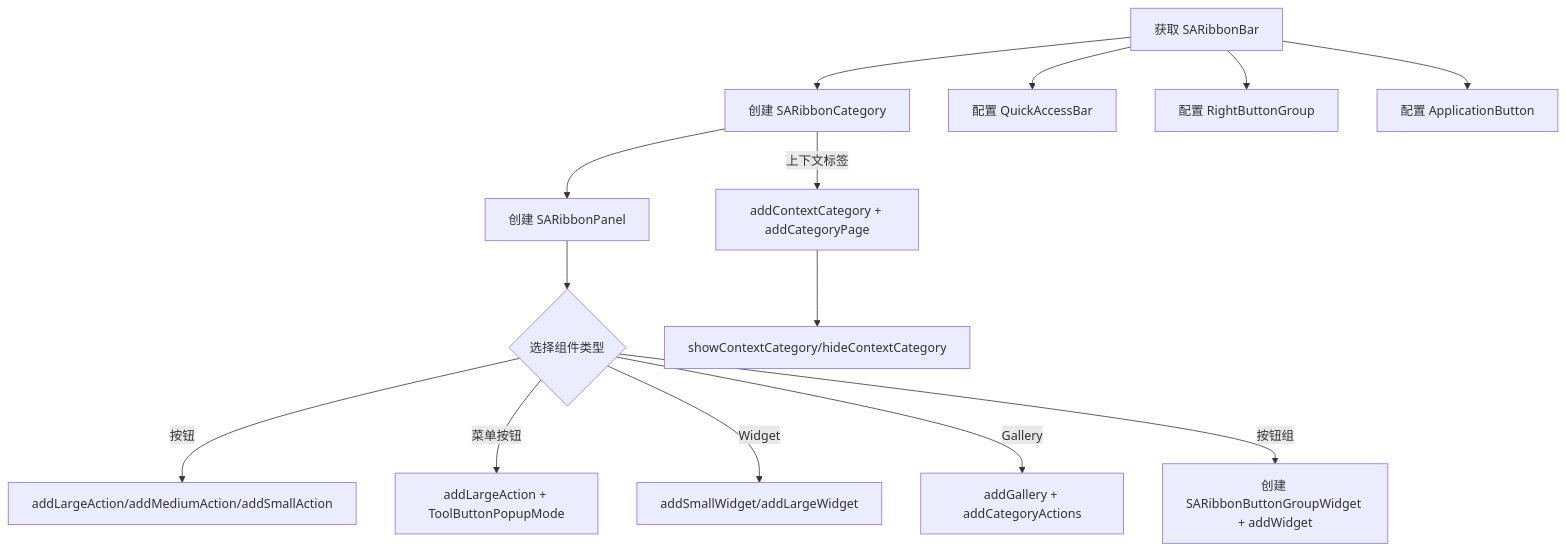
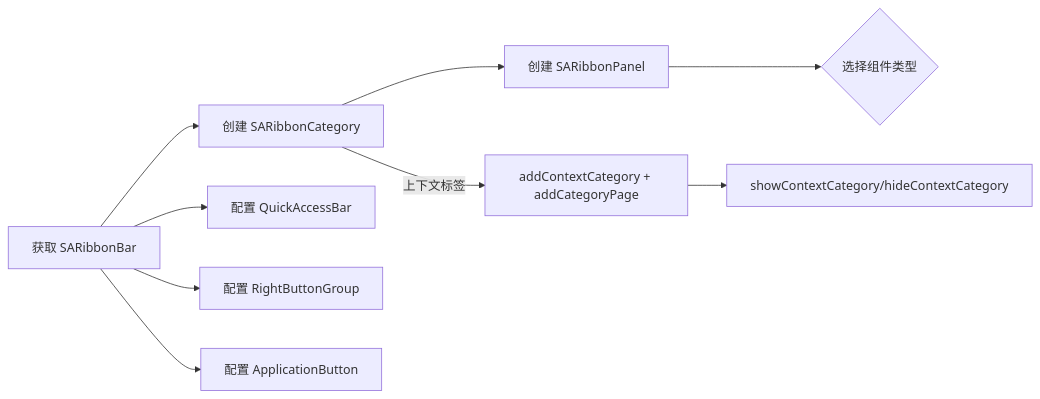
The diagram in docs/zh/use-guide/create-ribbon-ui.md (czyt1988/SARibbon), drawn with Mermaid before and after one commit. The commit also changed other lines of this file and 172 other files, not shown here.

````diff
--- a/docs/zh/use-guide/create-ribbon-ui.md
+++ b/docs/zh/use-guide/create-ribbon-ui.md
@@ -7,16 +7,11 @@
 ```mermaid
-flowchart TD
+flowchart LR
     A[获取 SARibbonBar] --> B[创建 SARibbonCategory]
     B --> C[创建 SARibbonPanel]
     C --> D{选择组件类型}
-    D -->|按钮| E[addLargeAction/addMediumAction/addSmallAction]
-    D -->|菜单按钮| F[addLargeAction + ToolButtonPopupMode]
-    D -->|Widget| G[addSmallWidget/addLargeWidget]
-    D -->|Gallery| H[addGallery + addCategoryActions]
-    D -->|按钮组| I[创建 SARibbonButtonGroupWidget + addWidget]
     B -->|上下文标签| J[addContextCategory + addCategoryPage]
     A --> K[配置 QuickAccessBar]
     A --> L[配置 RightButtonGroup]
     A --> M[配置 ApplicationButton]
     J --> N[showContextCategory/hideContextCategory]
 ```
````
